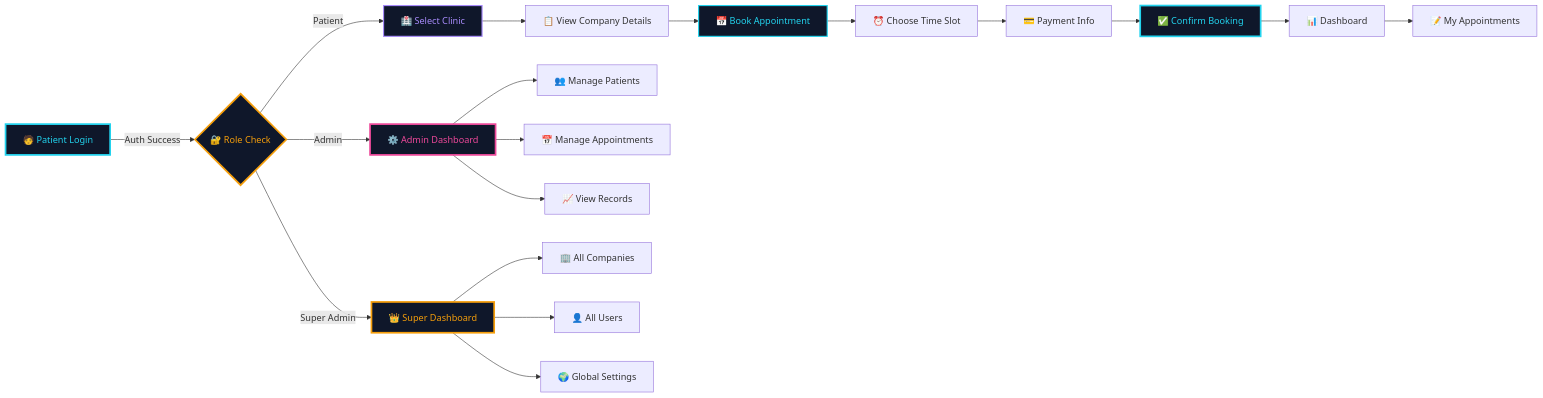
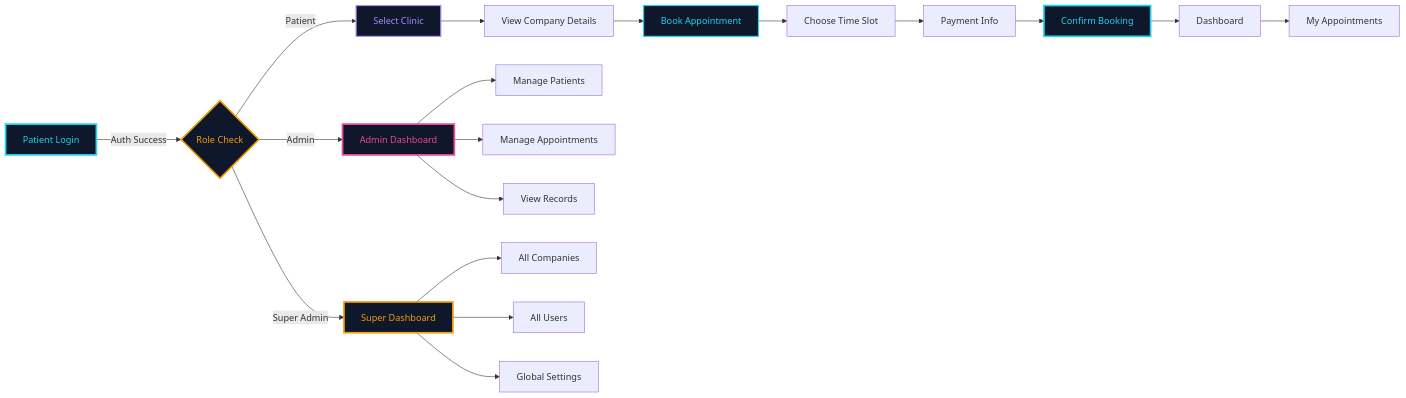
One commit to issu321/Clinic-Management-AI-Agents changed the third of 4 diagrams in README.md. Above: the diagram before and after it, drawn with Mermaid. The commit also changed other lines of this file, not shown here.

````diff
--- a/README.md
+++ b/README.md
@@ -644,30 +732,30 @@
 ```mermaid
 flowchart LR
-    A[🧑 Patient Login] -->|Auth Success| B{🔐 Role Check}
-    B -->|Patient| C[🏥 Select Clinic]
-    C --> D[📋 View Company Details]
-    D --> E[📅 Book Appointment]
-    E --> F[⏰ Choose Time Slot]
-    F --> G[💳 Payment Info]
-    G --> H[✅ Confirm Booking]
-    H --> I[📊 Dashboard]
-    I --> J[📝 My Appointments]
+    A[Patient Login] -->|Auth Success| B{Role Check}
+    B -->|Patient| C[Select Clinic]
+    C --> D[View Company Details]
+    D --> E[Book Appointment]
+    E --> F[Choose Time Slot]
+    F --> G[Payment Info]
+    G --> H[Confirm Booking]
+    H --> I[Dashboard]
+    I --> J[My Appointments]
 
-    B -->|Admin| K[⚙️ Admin Dashboard]
-    K --> L[👥 Manage Patients]
-    K --> M[📅 Manage Appointments]
-    K --> N[📈 View Records]
+    B -->|Admin| K[Admin Dashboard]
+    K --> L[Manage Patients]
+    K --> M[Manage Appointments]
+    K --> N[View Records]
 
-    B -->|Super Admin| O[👑 Super Dashboard]
-    O --> P[🏢 All Companies]
-    O --> Q[👤 All Users]
-    O --> R[🌍 Global Settings]
+    B -->|Super Admin| O[Super Dashboard]
+    O --> P[All Companies]
+    O --> Q[All Users]
+    O --> R[Global Settings]
 
     style A fill:#0f172a,stroke:#22d3ee,stroke-width:3px,color:#22d3ee
     style B fill:#0f172a,stroke:#f59e0b,stroke-width:3px,color:#f59e0b
     style C fill:#0f172a,stroke:#a78bfa,stroke-width:2px,color:#a78bfa
     style E fill:#0f172a,stroke:#22d3ee,stroke-width:2px,color:#22d3ee
     style H fill:#0f172a,stroke:#22d3ee,stroke-width:3px,color:#22d3ee
     style K fill:#0f172a,stroke:#ec4899,stroke-width:3px,color:#ec4899
     style O fill:#0f172a,stroke:#f59e0b,stroke-width:3px,color:#f59e0b
 ```
````
